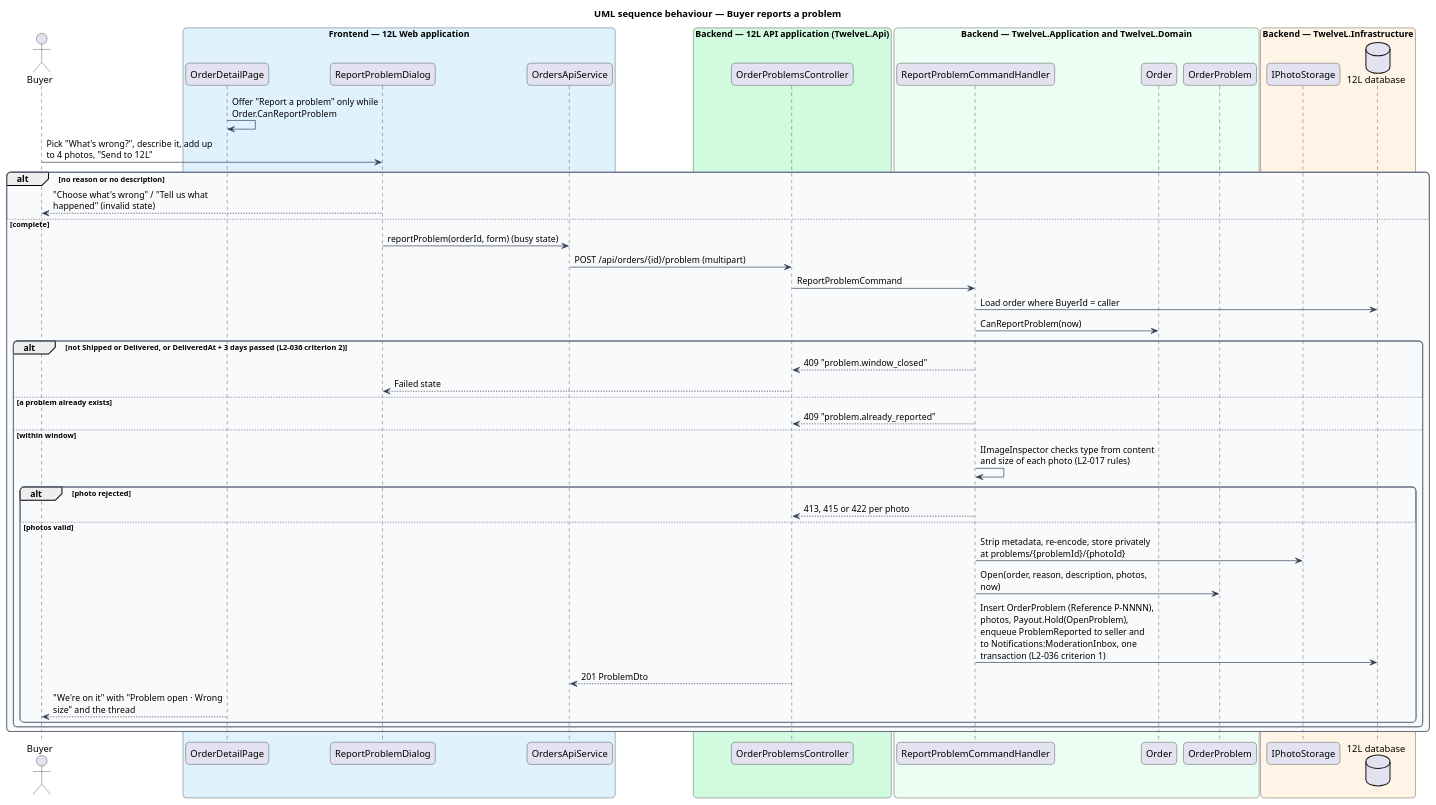
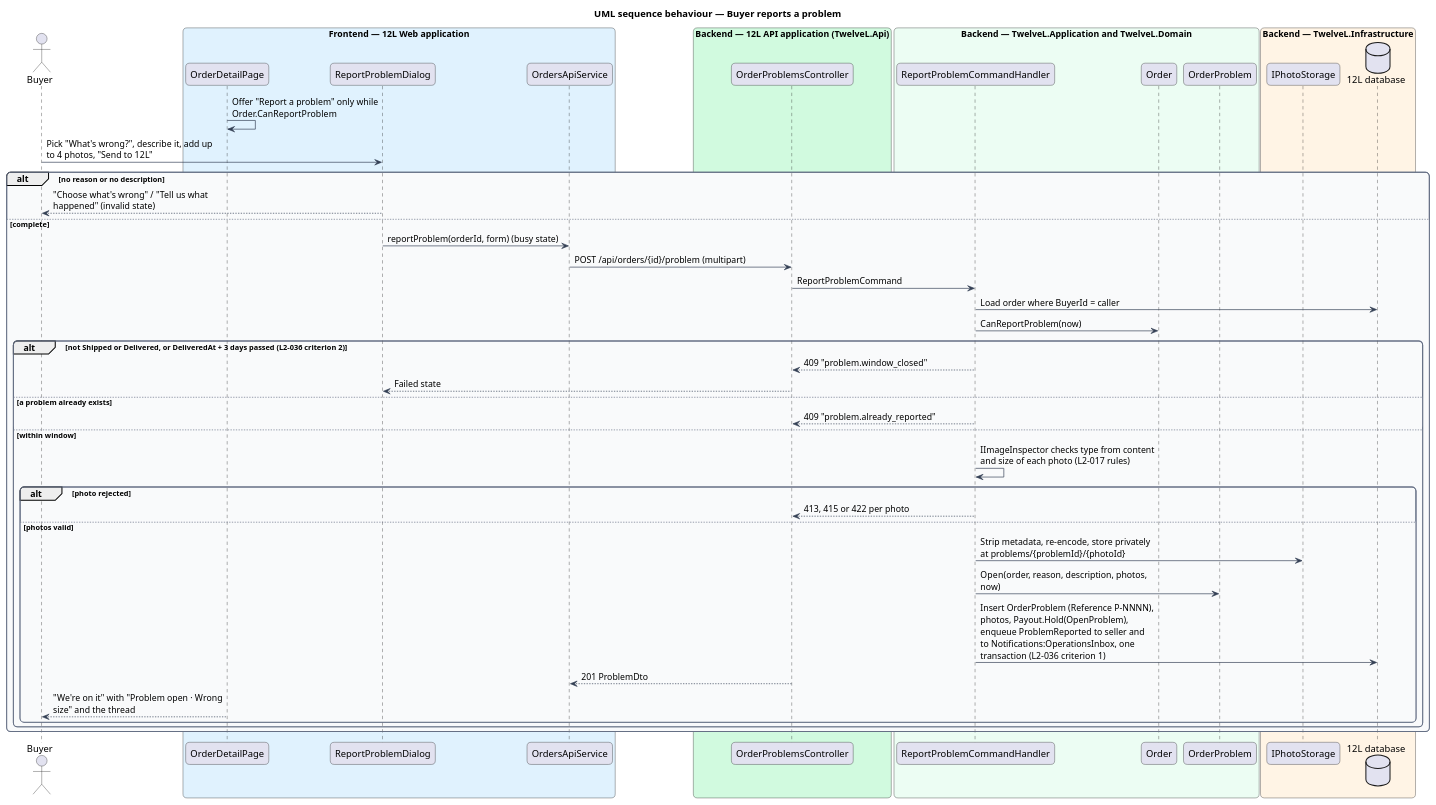
One commit to QuinntyneBrown/12l changed the diagram in docs/detailed-designs/orders/resolve-order-problems/diagrams/sequence-report-problem.puml. Above: the diagram before and after it, drawn with PlantUML. The commit also changed 379 other files, not shown here.

```diff
--- a/docs/detailed-designs/orders/resolve-order-problems/diagrams/sequence-report-problem.puml
+++ b/docs/detailed-designs/orders/resolve-order-problems/diagrams/sequence-report-problem.puml
@@ -1,65 +1,65 @@
 @startuml
 title UML sequence behaviour — Buyer reports a problem
 skinparam backgroundColor #FFFFFF
 skinparam shadowing false
 skinparam roundcorner 12
 skinparam defaultFontName Arial
 skinparam ArrowColor #344054
 skinparam rectangle {
   BorderColor #344054
   FontColor #101828
 }
 skinparam package {
   BorderColor #667085
   FontColor #101828
   BackgroundColor #F9FAFB
 }
 skinparam sequenceMessageAlign left
 skinparam maxMessageSize 260
 actor "Buyer" as actor
 box "Frontend — 12L Web application" #E0F2FE
   participant "OrderDetailPage" as page
   participant "ReportProblemDialog" as dlg
   participant "OrdersApiService" as client
 end box
 box "Backend — 12L API application (TwelveL.Api)" #D1FADF
   participant "OrderProblemsController" as ctrl
 end box
 box "Backend — TwelveL.Application and TwelveL.Domain" #ECFDF3
   participant "ReportProblemCommandHandler" as h
   participant "Order" as order
   participant "OrderProblem" as prob
 end box
 box "Backend — TwelveL.Infrastructure" #FFF4E5
   participant "IPhotoStorage" as store
   database "12L database" as db
 end box
 page -> page : Offer "Report a problem" only while Order.CanReportProblem
 actor -> dlg : Pick "What's wrong?", describe it, add up to 4 photos, "Send to 12L"
 alt no reason or no description
   dlg --> actor : "Choose what's wrong" / "Tell us what happened" (invalid state)
 else complete
   dlg -> client : reportProblem(orderId, form) (busy state)
   client -> ctrl : POST /api/orders/{id}/problem (multipart)
   ctrl -> h : ReportProblemCommand
   h -> db : Load order where BuyerId = caller
   h -> order : CanReportProblem(now)
   alt not Shipped or Delivered, or DeliveredAt + 3 days passed (L2-036 criterion 2)
     h --> ctrl : 409 "problem.window_closed"
     ctrl --> dlg : Failed state
   else a problem already exists
     h --> ctrl : 409 "problem.already_reported"
   else within window
     h -> h : IImageInspector checks type from content and size of each photo (L2-017 rules)
     alt photo rejected
       h --> ctrl : 413, 415 or 422 per photo
     else photos valid
       h -> store : Strip metadata, re-encode, store privately at problems/{problemId}/{photoId}
       h -> prob : Open(order, reason, description, photos, now)
-      h -> db : Insert OrderProblem (Reference P-NNNN), photos, Payout.Hold(OpenProblem), enqueue ProblemReported to seller and to Notifications:ModerationInbox, one transaction (L2-036 criterion 1)
+      h -> db : Insert OrderProblem (Reference P-NNNN), photos, Payout.Hold(OpenProblem), enqueue ProblemReported to seller and to Notifications:OperationsInbox, one transaction (L2-036 criterion 1)
       ctrl --> client : 201 ProblemDto
       page --> actor : "We're on it" with "Problem open · Wrong size" and the thread
     end
   end
 end
 @enduml
```
